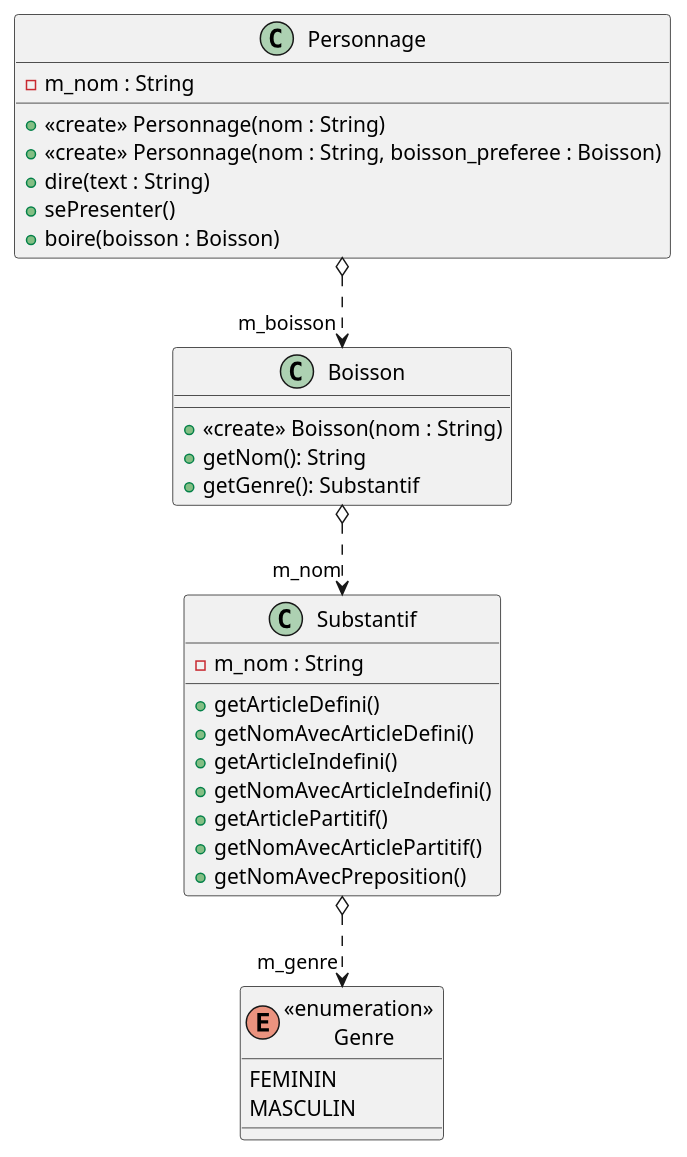
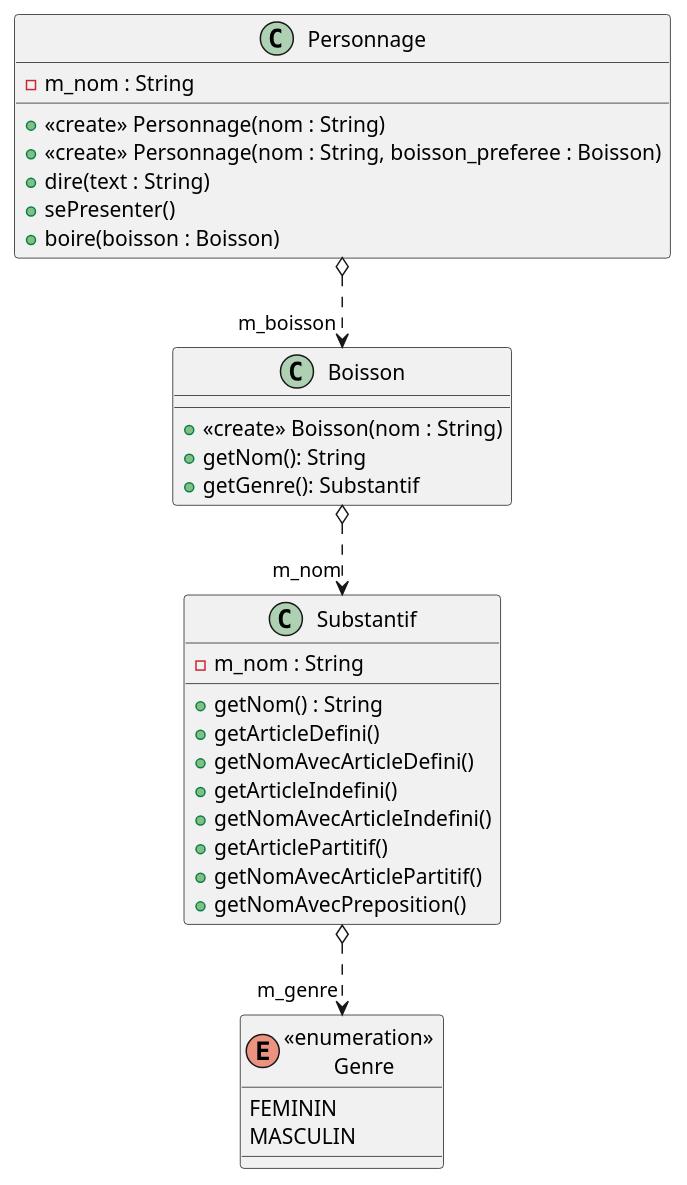
Before and after one commit to Lirobi/Projet-western: the diagram in src/Grammaire/Grammaire.puml, drawn with PlantUML.

Commit message:
update substantif get nom

```diff
--- a/src/Grammaire/Grammaire.puml
+++ b/src/Grammaire/Grammaire.puml
@@ -1,46 +1,46 @@
 @startuml
 
 
 Personnage o..>"m_boisson" Boisson
 Boisson o..>"m_nom" Substantif
 Substantif o..>"m_genre" "«enumeration» \n Genre"
 
 enum "«enumeration» \n Genre" {
 FEMININ
 MASCULIN
 }
 
 class Substantif {
 
     - m_nom : String
     '- m_genre : Genre
-
+    + getNom() : String
     + getArticleDefini()
     + getNomAvecArticleDefini()
     + getArticleIndefini()
     + getNomAvecArticleIndefini()
     + getArticlePartitif()
     + getNomAvecArticlePartitif()
     + getNomAvecPreposition()
 
 }
 
 class Boisson {
     '- m_nom : Substantif
 
     + «create» Boisson(nom : String)
     + getNom(): String
     + getGenre(): Substantif
 }
 class Personnage {
     - m_nom : String
     '- m_boisson : Boisson
 
     + «create» Personnage(nom : String)
     + «create» Personnage(nom : String, boisson_preferee : Boisson)
     + dire(text : String)
     + sePresenter()
     + boire(boisson : Boisson)
 }
 
 @enduml
```
